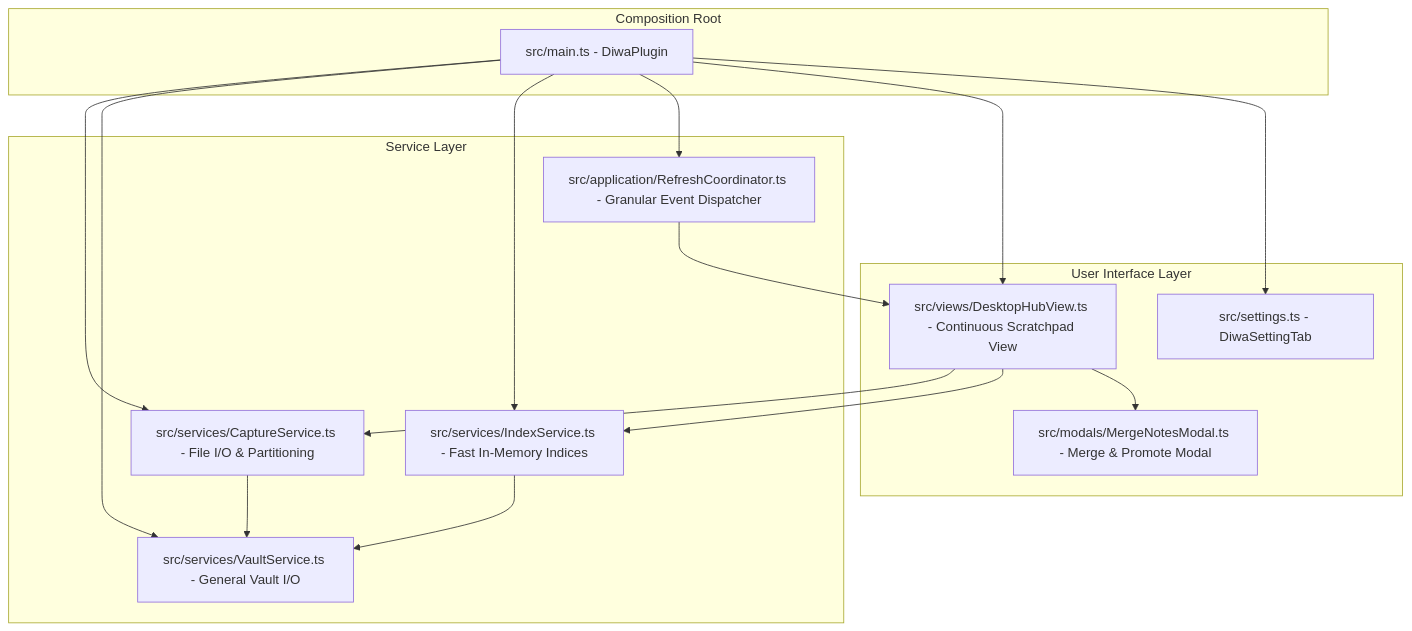
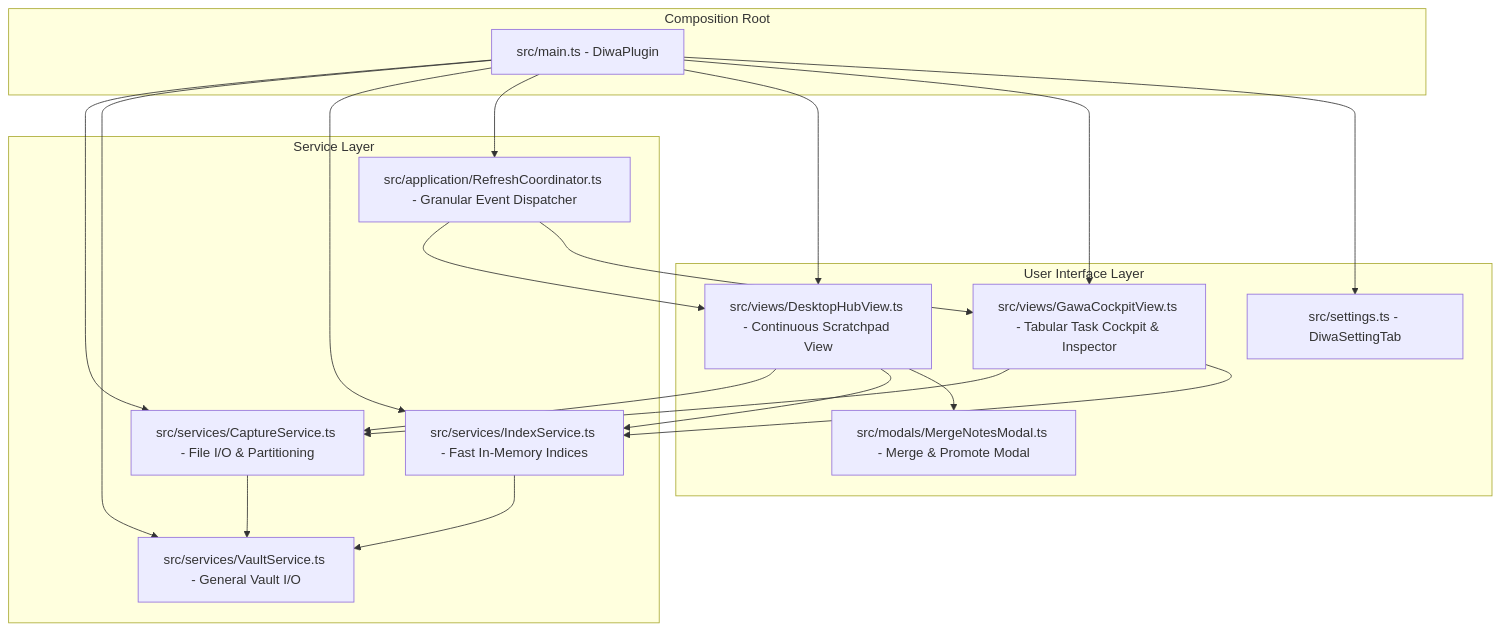
Before and after one commit to emperorKDSR/obsidian_diwa: the diagram in memory-bank/systemPatterns.md, drawn with Mermaid. The commit also changed other lines of this file and 13 other files, not shown here.

Commit message:
feat: implement Gawa task cockpit, slide-over inspector, and interactive notes

````diff
--- a/memory-bank/systemPatterns.md
+++ b/memory-bank/systemPatterns.md
@@ -14,33 +14,38 @@
 ```mermaid
 flowchart TD
     subgraph Composition Root
         Main[src/main.ts - DiwaPlugin]
     end
 
     subgraph Service Layer
         Cap[src/services/CaptureService.ts - File I/O & Partitioning]
         Vault[src/services/VaultService.ts - General Vault I/O]
         Index[src/services/IndexService.ts - Fast In-Memory Indices]
         Ref[src/application/RefreshCoordinator.ts - Granular Event Dispatcher]
     end
 
     subgraph User Interface Layer
         Hub[src/views/DesktopHubView.ts - Continuous Scratchpad View]
+        Gawa[src/views/GawaCockpitView.ts - Tabular Task Cockpit & Inspector]
         MergeModal[src/modals/MergeNotesModal.ts - Merge & Promote Modal]
         Settings[src/settings.ts - DiwaSettingTab]
     end
 
     Main --> Cap
     Main --> Vault
     Main --> Index
     Main --> Ref
     Main --> Hub
+    Main --> Gawa
     Main --> Settings
 
     Cap --> Vault
     Index --> Vault
     Ref --> Hub
+    Ref --> Gawa
     Hub --> Cap
     Hub --> Index
     Hub --> MergeModal
+    Gawa --> Cap
+    Gawa --> Index
 ```
````
